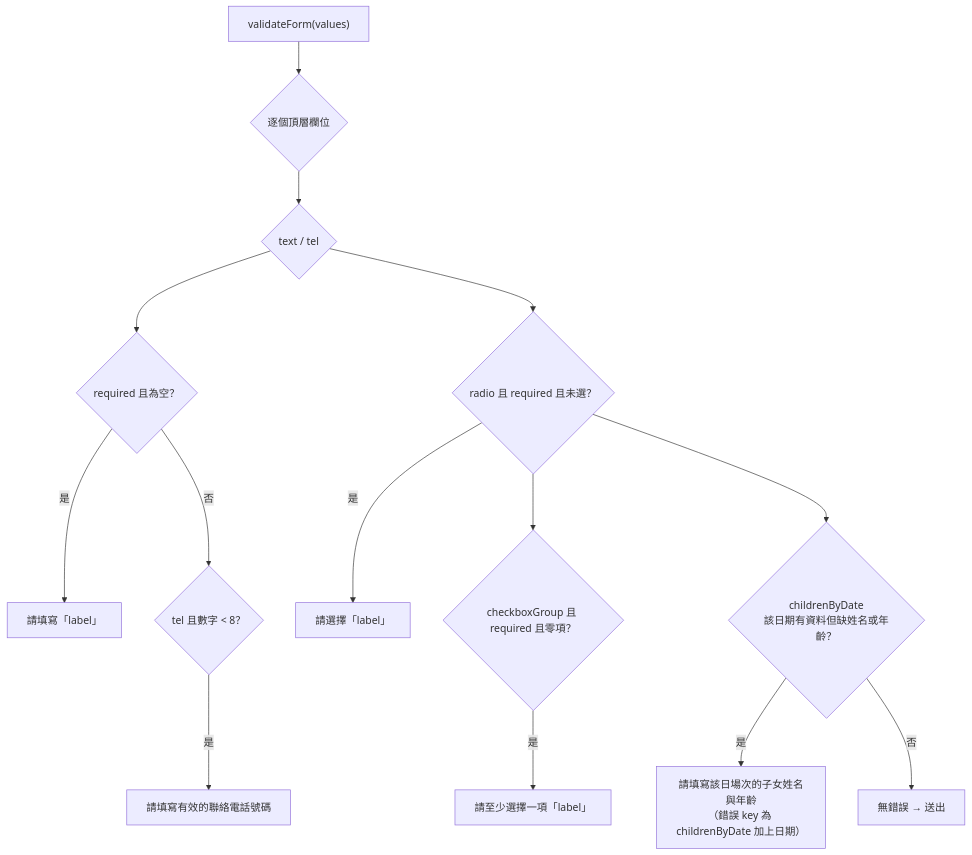
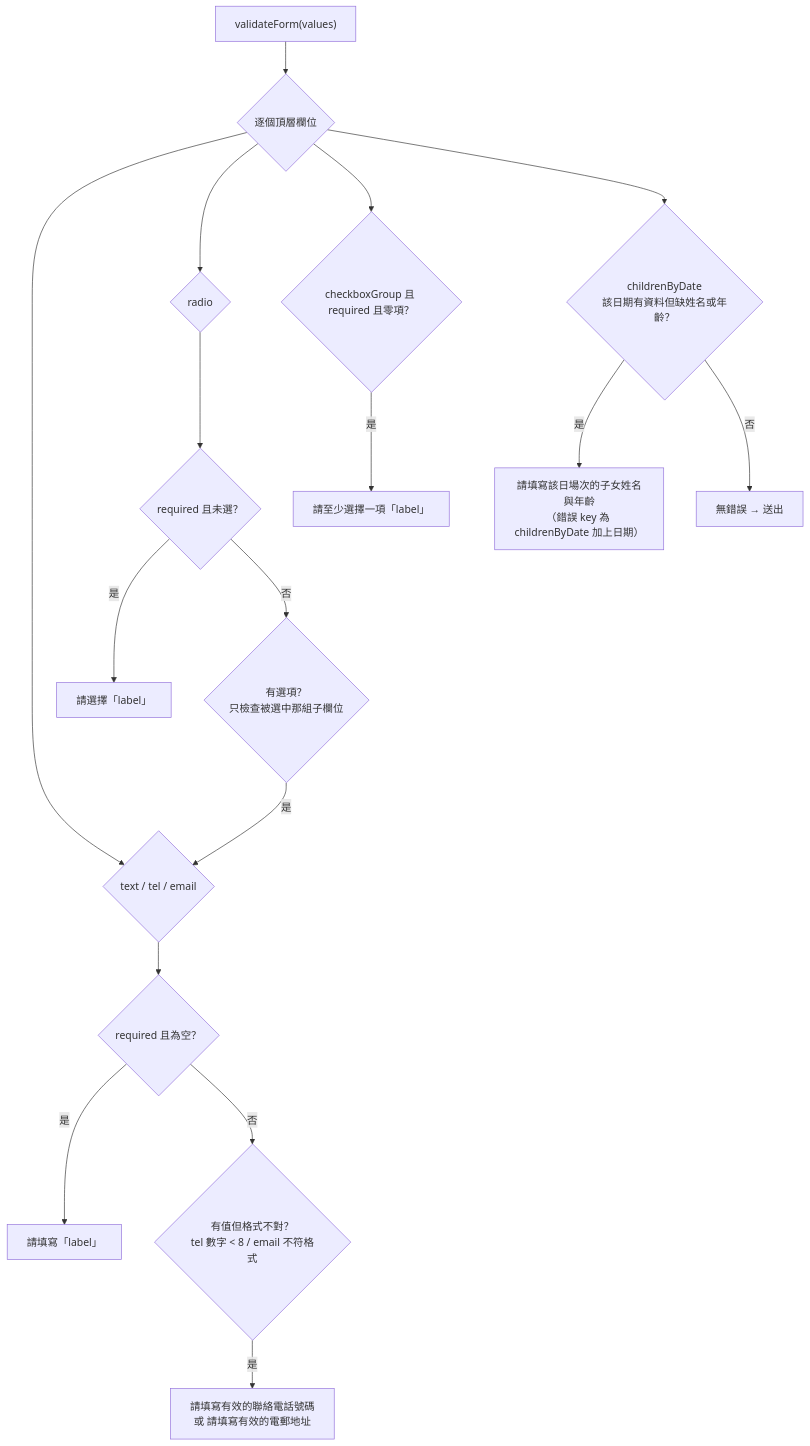
The seventh of 8 diagrams in 2026-09-26 - 📄 NEW PAGE - Me Time 充充電報名表/doc/schema.md (otc-application/otc-application-form), drawn with Mermaid before and after one commit. The commit also changed other lines of this file and 8 other files, not shown here.

````diff
--- a/2026-09-26 - 📄 NEW PAGE - Me Time 充充電報名表/doc/schema.md
+++ b/2026-09-26 - 📄 NEW PAGE - Me Time 充充電報名表/doc/schema.md
@@ -256,16 +302,19 @@
 ```mermaid
 flowchart TB
     START["validateForm(values)"] --> LOOP{"逐個頂層欄位"}
-    LOOP --> T1{"text / tel"}
+    LOOP --> T1{"text / tel / email"}
     T1 --> T1A{"required 且為空？"}
     T1A -->|"是"| E1["請填寫「label」"]
-    T1A -->|"否"| T1B{"tel 且數字 < 8？"}
-    T1B -->|"是"| E2["請填寫有效的聯絡電話號碼"]
-    T1 --> T2{"radio 且 required 且未選？"}
-    T2 -->|"是"| E3["請選擇「label」"]
-    T2 --> T3{"checkboxGroup 且 required 且零項？"}
+    T1A -->|"否"| T1B{"有值但格式不對？<br/>tel 數字 &lt; 8 / email 不符格式"}
+    T1B -->|"是"| E2["請填寫有效的聯絡電話號碼<br/>或 請填寫有效的電郵地址"]
+    LOOP --> T2{"radio"}
+    T2 --> T2A{"required 且未選？"}
+    T2A -->|"是"| E3["請選擇「label」"]
+    T2A -->|"否"| T2B{"有選項？<br/>只檢查被選中那組子欄位"}
+    T2B -->|"是"| T1
+    LOOP --> T3{"checkboxGroup 且 required 且零項？"}
     T3 -->|"是"| E4["請至少選擇一項「label」"]
-    T2 --> T4{"childrenByDate<br/>該日期有資料但缺姓名或年齡？"}
+    LOOP --> T4{"childrenByDate<br/>該日期有資料但缺姓名或年齡？"}
     T4 -->|"是"| E5["請填寫該日場次的子女姓名與年齡<br/>（錯誤 key 為 childrenByDate 加上日期）"]
     T4 -->|"否"| OK["無錯誤 → 送出"]
 ```
````
